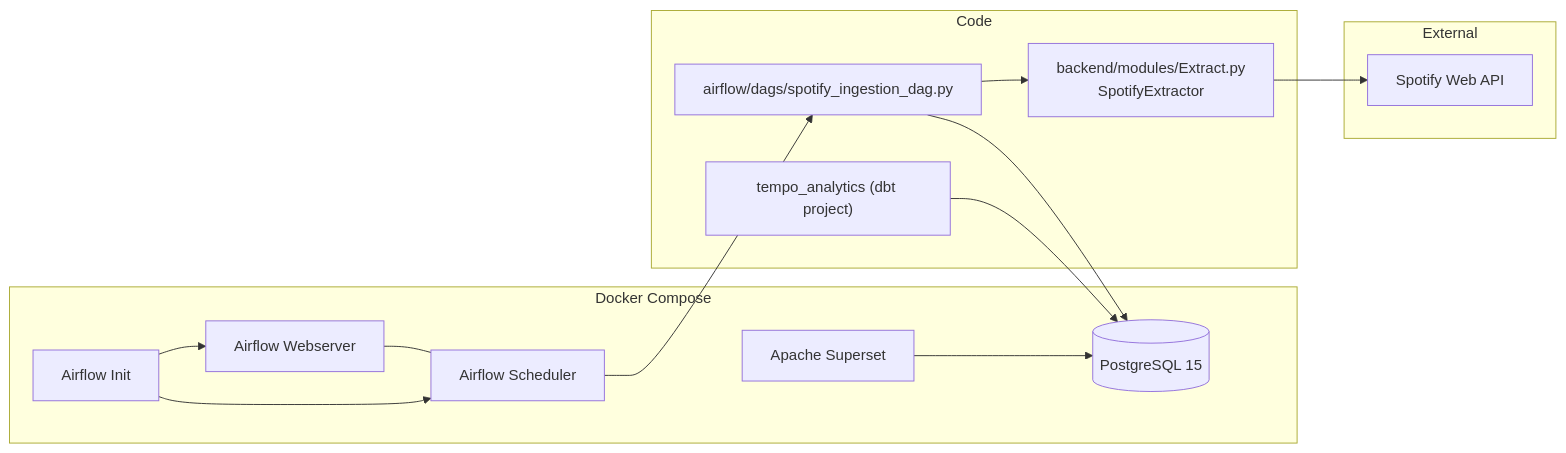
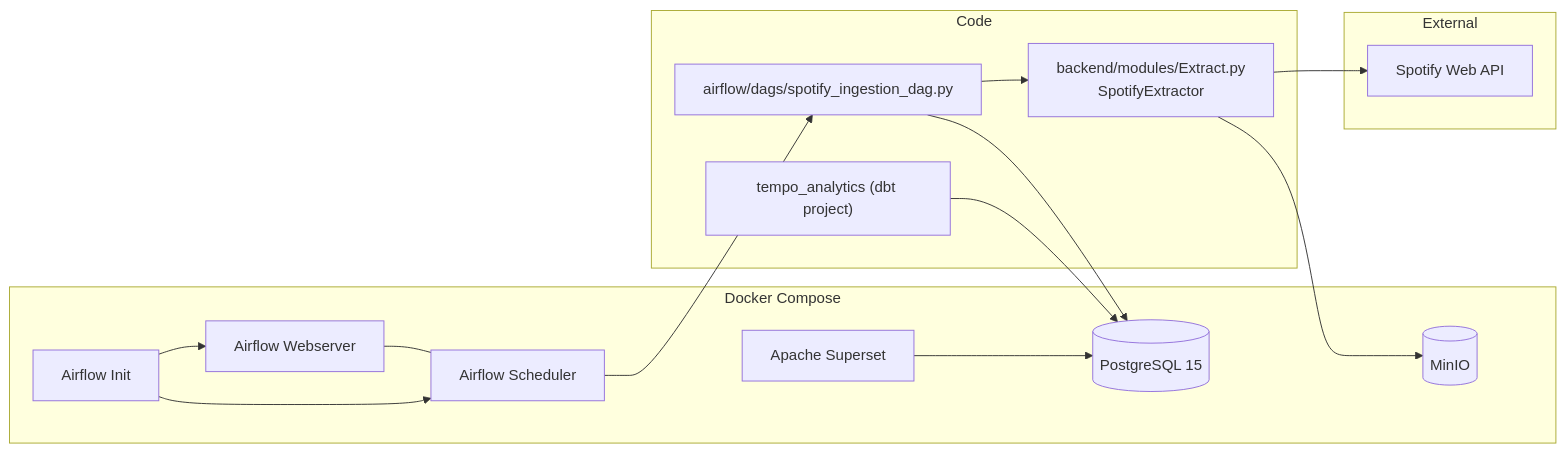
One commit to iratansh/Tempo changed the first of 3 diagrams in README.md. Above: the diagram before and after it, drawn with Mermaid. The commit also changed other lines of this file and 7 other files, not shown here.

````diff
--- a/README.md
+++ b/README.md
@@ -45,32 +53,34 @@
 ```mermaid
 flowchart LR
   subgraph External
     Spotify[Spotify Web API]
   end
 
   subgraph Docker_Stack[Docker Compose]
     AWeb[Airflow Webserver]
     ASched[Airflow Scheduler]
     AInit[Airflow Init]
+    MinIO[(MinIO)]
     PG[(PostgreSQL 15)]
     Superset[Apache Superset]
   end
 
   subgraph Code
     DAG[airflow/dags/spotify_ingestion_dag.py]
     Extractor[backend/modules/Extract.py\nSpotifyExtractor]
     DBT["tempo_analytics (dbt project)"]
   end
 
   AWeb --- ASched
   AInit --> AWeb
   AInit --> ASched
 
   ASched --> DAG
   DAG --> Extractor
   Extractor --> Spotify
 
+  Extractor --> MinIO
   DAG --> PG
   DBT --> PG
   Superset --> PG
 ```
````
